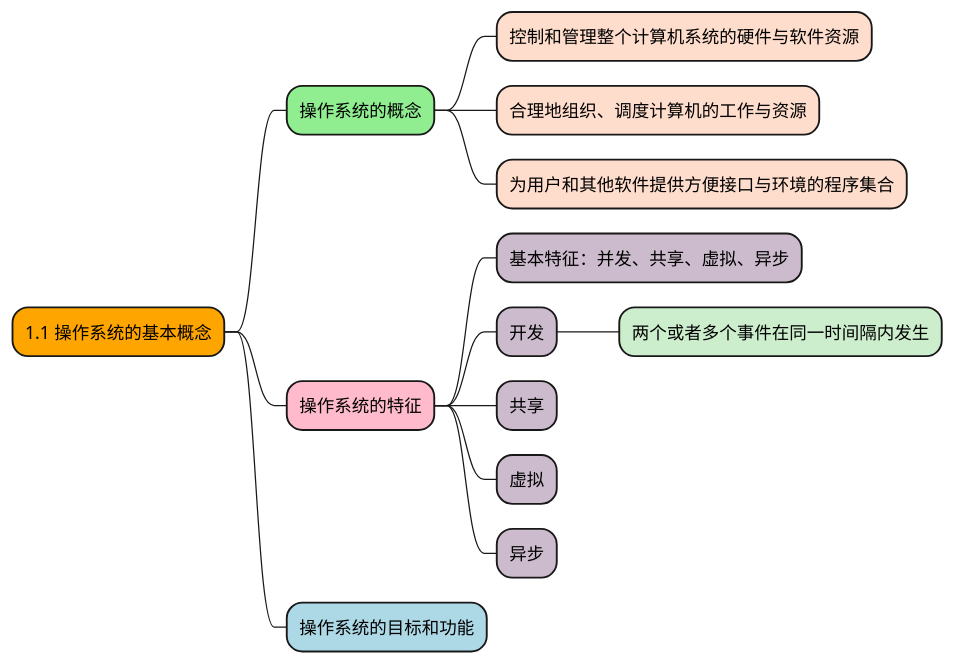
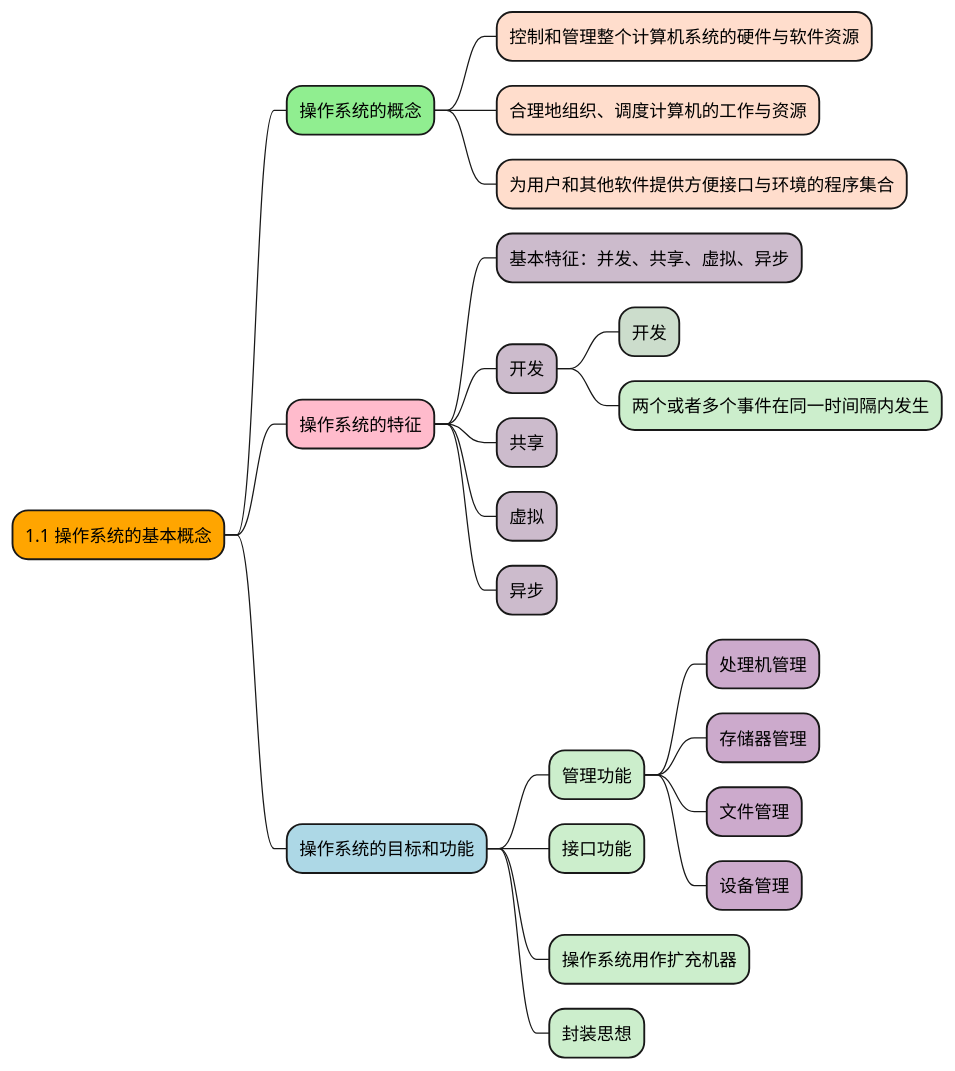
One commit to ilikui/Notes changed the diagram in 考试管理/操作系统.md. Above: the diagram before and after it, drawn with PlantUML.

Commit message:
update by likui

````diff
--- a/考试管理/操作系统.md
+++ b/考试管理/操作系统.md
@@ -6,19 +6,28 @@
 ```plantuml
 @startmindmap
 *[#Orange] 1.1 操作系统的基本概念
 **[#lightgreen] 操作系统的概念
 ***[#FFDDCC] 控制和管理整个计算机系统的硬件与软件资源
 ***[#FFDDCC] 合理地组织、调度计算机的工作与资源
 ***[#FFDDCC] 为用户和其他软件提供方便接口与环境的程序集合
 **[#FFBBCC] 操作系统的特征
 ***[#CCBBCC] 基本特征：并发、共享、虚拟、异步
 ***[#CCBBCC] 开发
+****[#CCDDCC] 开发
 ****[#CCEECC] 两个或者多个事件在同一时间隔内发生
 ***[#CCBBCC] 共享
 ***[#CCBBCC] 虚拟
 ***[#CCBBCC] 异步
 **[#lightblue] 操作系统的目标和功能
+***[#CCEECC] 管理功能
+****[#CCAACC] 处理机管理
+****[#CCAACC] 存储器管理
+****[#CCAACC] 文件管理
+****[#CCAACC] 设备管理
+***[#CCEECC] 接口功能
+***[#CCEECC] 操作系统用作扩充机器
+***[#CCEECC] 封装思想
 @endmindmap
 
 
 ```
````
